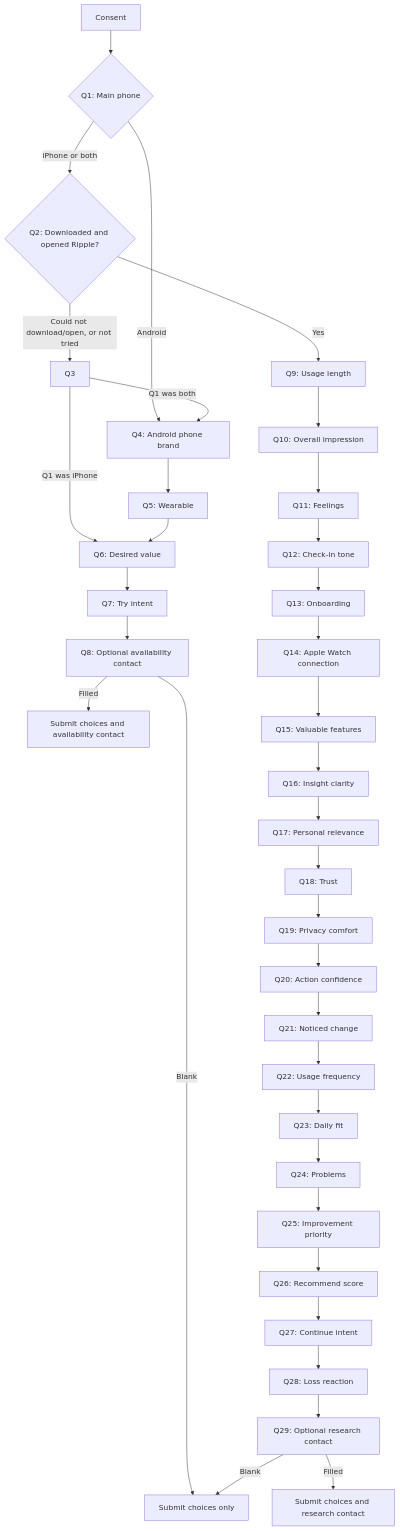
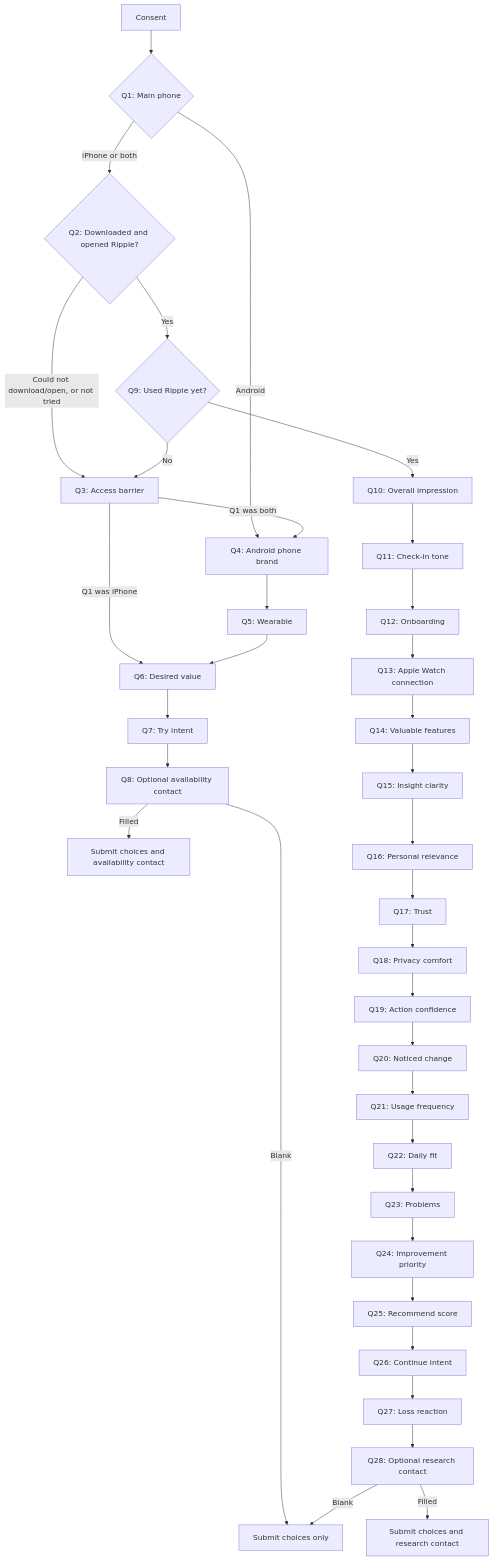
The diagram in ripple/FLOW.md (Monika-12138/oc-survey), drawn with Mermaid before and after one commit. The commit also changed other lines of this file and 2 other files, not shown here.

First line of the commit message:
Simplify the Ripple usage gate (#8)

````diff
--- a/ripple/FLOW.md
+++ b/ripple/FLOW.md
@@ -139,40 +136,40 @@
 ```mermaid
 flowchart TD
   A[Consent] --> Q1{Q1: Main phone}
   Q1 -->|Android| Q4[Q4: Android phone brand]
   Q1 -->|iPhone or both| Q2{Q2: Downloaded and opened Ripple?}
 
-  Q2 -->|Yes| Q9[Q9: Usage length]
-  Q2 -->|Could not download/open, or not tried| Q3
+  Q2 -->|Yes| Q9{Q9: Used Ripple yet?}
+  Q2 -->|Could not download/open, or not tried| Q3[Q3: Access barrier]
+  Q9 -->|No| Q3
   Q3 -->|Q1 was both| Q4
   Q3 -->|Q1 was iPhone| Q6[Q6: Desired value]
   Q4 --> Q5[Q5: Wearable]
   Q5 --> Q6
   Q6 --> Q7[Q7: Try intent]
   Q7 --> Q8[Q8: Optional availability contact]
   Q8 -->|Filled| AC[Submit choices and availability contact]
   Q8 -->|Blank| AS[Submit choices only]
 
-  Q9 --> Q10[Q10: Overall impression]
-  Q10 --> Q11[Q11: Feelings]
-  Q11 --> Q12[Q12: Check-in tone]
-  Q12 --> Q13[Q13: Onboarding]
-  Q13 --> Q14[Q14: Apple Watch connection]
-  Q14 --> Q15[Q15: Valuable features]
-  Q15 --> Q16[Q16: Insight clarity]
-  Q16 --> Q17[Q17: Personal relevance]
-  Q17 --> Q18[Q18: Trust]
-  Q18 --> Q19[Q19: Privacy comfort]
-  Q19 --> Q20[Q20: Action confidence]
-  Q20 --> Q21[Q21: Noticed change]
-  Q21 --> Q22[Q22: Usage frequency]
-  Q22 --> Q23[Q23: Daily fit]
-  Q23 --> Q24[Q24: Problems]
-  Q24 --> Q25[Q25: Improvement priority]
-  Q25 --> Q26[Q26: Recommend score]
-  Q26 --> Q27[Q27: Continue intent]
-  Q27 --> Q28[Q28: Loss reaction]
-  Q28 --> Q29[Q29: Optional research contact]
-  Q29 -->|Filled| RC[Submit choices and research contact]
-  Q29 -->|Blank| AS
+  Q9 -->|Yes| Q10[Q10: Overall impression]
+  Q10 --> Q11[Q11: Check-in tone]
+  Q11 --> Q12[Q12: Onboarding]
+  Q12 --> Q13[Q13: Apple Watch connection]
+  Q13 --> Q14[Q14: Valuable features]
+  Q14 --> Q15[Q15: Insight clarity]
+  Q15 --> Q16[Q16: Personal relevance]
+  Q16 --> Q17[Q17: Trust]
+  Q17 --> Q18[Q18: Privacy comfort]
+  Q18 --> Q19[Q19: Action confidence]
+  Q19 --> Q20[Q20: Noticed change]
+  Q20 --> Q21[Q21: Usage frequency]
+  Q21 --> Q22[Q22: Daily fit]
+  Q22 --> Q23[Q23: Problems]
+  Q23 --> Q24[Q24: Improvement priority]
+  Q24 --> Q25[Q25: Recommend score]
+  Q25 --> Q26[Q26: Continue intent]
+  Q26 --> Q27[Q27: Loss reaction]
+  Q27 --> Q28[Q28: Optional research contact]
+  Q28 -->|Filled| RC[Submit choices and research contact]
+  Q28 -->|Blank| AS
 ```
````
